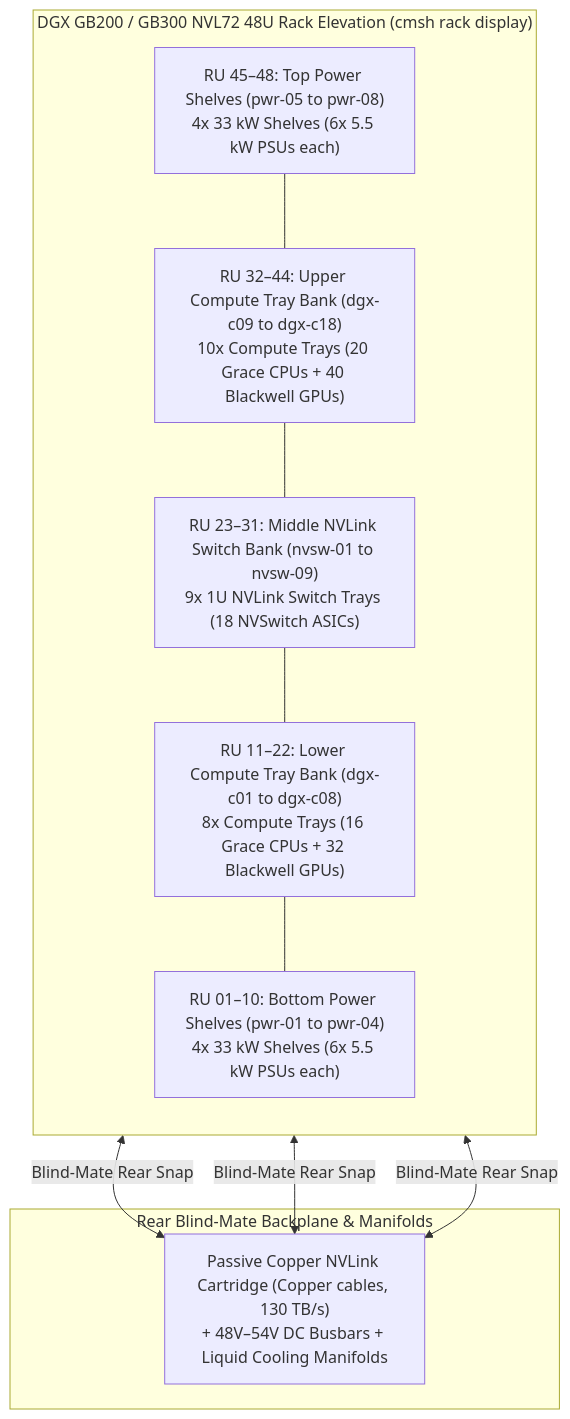
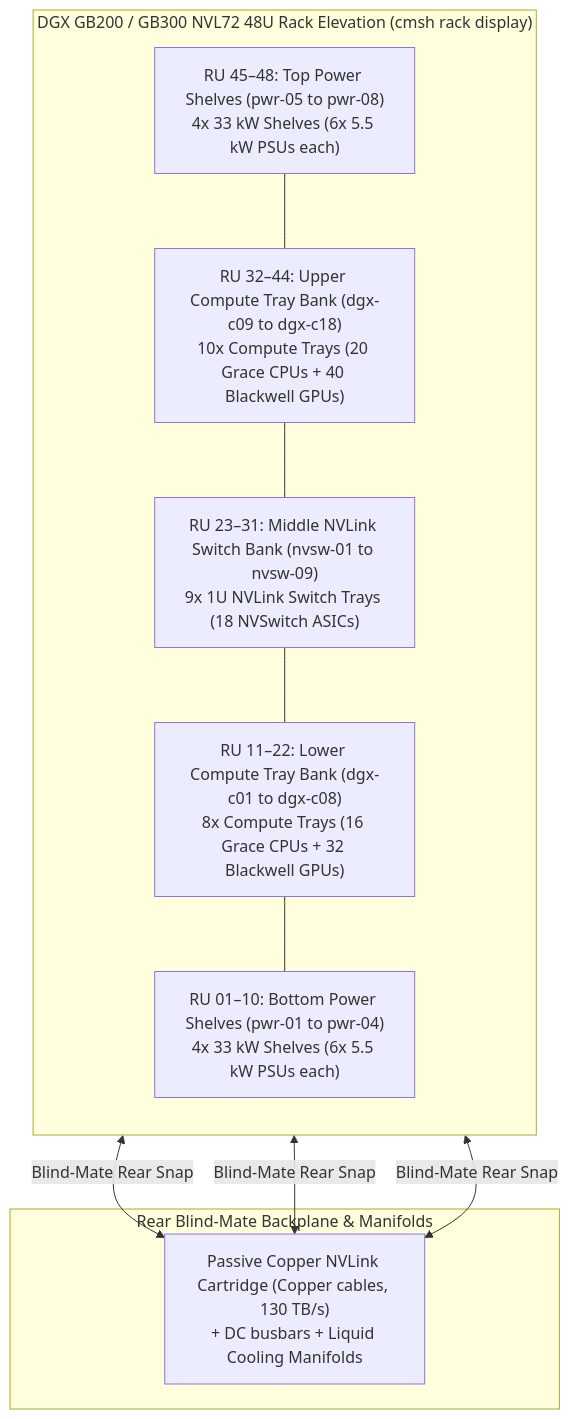
Before and after one commit to jithinpnjm/ai-infra-handbook: the first of 4 diagrams in docs/part-09-nvidia-systems/05-gb200-and-gb300-nvl72-rack-scale-systems.md, drawn with Mermaid. The commit also changed other lines of this file and 6 other files, not shown here.

````diff
--- a/docs/part-09-nvidia-systems/05-gb200-and-gb300-nvl72-rack-scale-systems.md
+++ b/docs/part-09-nvidia-systems/05-gb200-and-gb300-nvl72-rack-scale-systems.md
@@ -68,16 +66,16 @@
 ```mermaid
 flowchart TD
     subgraph Rack48U["DGX GB200 / GB300 NVL72 48U Rack Elevation (cmsh rack display)"]
         direction TB
         Z5["RU 45–48: Top Power Shelves (pwr-05 to pwr-08)<br/>4x 33 kW Shelves (6x 5.5 kW PSUs each)"]
         Z4["RU 32–44: Upper Compute Tray Bank (dgx-c09 to dgx-c18)<br/>10x Compute Trays (20 Grace CPUs + 40 Blackwell GPUs)"]
         Z3["RU 23–31: Middle NVLink Switch Bank (nvsw-01 to nvsw-09)<br/>9x 1U NVLink Switch Trays (18 NVSwitch ASICs)"]
         Z2["RU 11–22: Lower Compute Tray Bank (dgx-c01 to dgx-c08)<br/>8x Compute Trays (16 Grace CPUs + 32 Blackwell GPUs)"]
         Z1["RU 01–10: Bottom Power Shelves (pwr-01 to pwr-04)<br/>4x 33 kW Shelves (6x 5.5 kW PSUs each)"]
         Z5 --- Z4 --- Z3 --- Z2 --- Z1
     end
     subgraph Rear["Rear Blind-Mate Backplane & Manifolds"]
-        BP["Passive Copper NVLink Cartridge (Copper cables, 130 TB/s)<br/>+ 48V–54V DC Busbars + Liquid Cooling Manifolds"]
+        BP["Passive Copper NVLink Cartridge (Copper cables, 130 TB/s)<br/>+ DC busbars + Liquid Cooling Manifolds"]
     end
     Z4 & Z3 & Z2 <-->|"Blind-Mate Rear Snap"| BP
 ```
````
